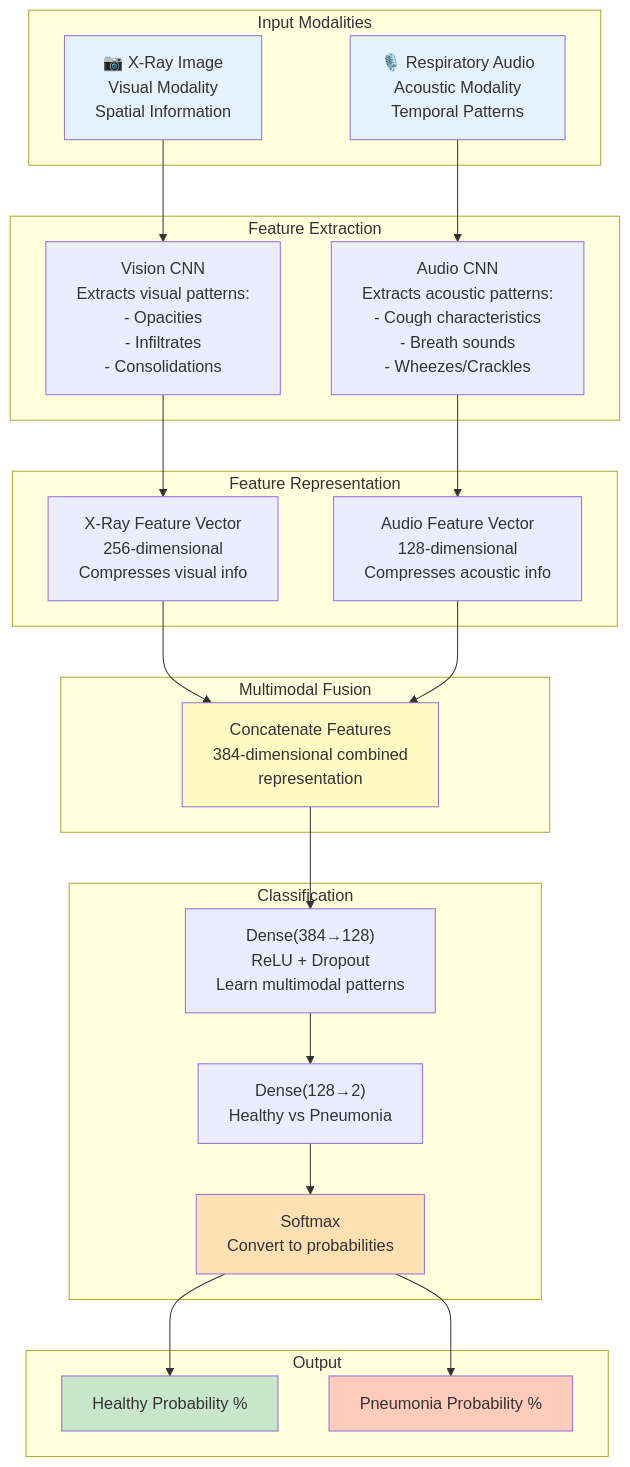
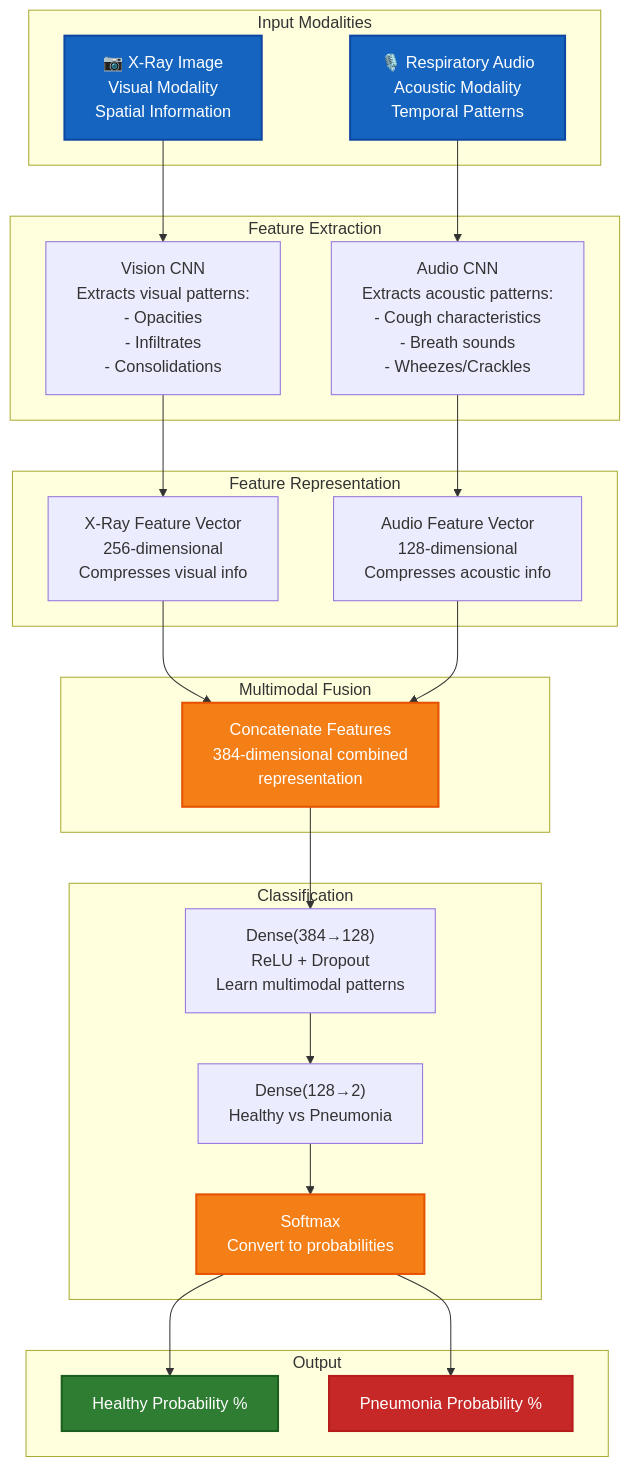
One commit to rwitobaansheikh/Pnumonia_Detector changed the sixth of 7 diagrams in ARCHITECTURE.md. Above: the diagram before and after it, drawn with Mermaid. The commit also changed other lines of this file and 3 other files, not shown here.

````diff
--- a/ARCHITECTURE.md
+++ b/ARCHITECTURE.md
@@ -329,50 +329,50 @@
 ```mermaid
 graph TB
     subgraph "Input Modalities"
         XRay["📷 X-Ray Image<br/>Visual Modality<br/>Spatial Information"]
         Audio["🎙️ Respiratory Audio<br/>Acoustic Modality<br/>Temporal Patterns"]
     end
     
     subgraph "Feature Extraction"
         XRayFeat["Vision CNN<br/>Extracts visual patterns:<br/>- Opacities<br/>- Infiltrates<br/>- Consolidations"]
         AudioFeat["Audio CNN<br/>Extracts acoustic patterns:<br/>- Cough characteristics<br/>- Breath sounds<br/>- Wheezes/Crackles"]
     end
     
     subgraph "Feature Representation"
         XRayVec["X-Ray Feature Vector<br/>256-dimensional<br/>Compresses visual info"]
         AudioVec["Audio Feature Vector<br/>128-dimensional<br/>Compresses acoustic info"]
     end
     
     subgraph "Multimodal Fusion"
         Fusion["Concatenate Features<br/>384-dimensional combined<br/>representation"]
     end
     
     subgraph "Classification"
         Dense1["Dense(384→128)<br/>ReLU + Dropout<br/>Learn multimodal patterns"]
         Dense2["Dense(128→2)<br/>Healthy vs Pneumonia"]
         Probs["Softmax<br/>Convert to probabilities"]
     end
     
     subgraph "Output"
         HealthyProb["Healthy Probability %"]
         PneumoniaProb["Pneumonia Probability %"]
     end
     
     XRay --> XRayFeat --> XRayVec
     Audio --> AudioFeat --> AudioVec
     
     XRayVec --> Fusion
     AudioVec --> Fusion
     
     Fusion --> Dense1 --> Dense2 --> Probs
     
     Probs --> HealthyProb
     Probs --> PneumoniaProb
     
-    style XRay fill:#e3f2fd
-    style Audio fill:#e3f2fd
-    style Fusion fill:#fff9c4
-    style Probs fill:#ffe0b2
-    style HealthyProb fill:#c8e6c9
-    style PneumoniaProb fill:#ffccbc
+    style XRay fill:#1565c0,color:#fff,stroke:#0d47a1,stroke-width:2px
+    style Audio fill:#1565c0,color:#fff,stroke:#0d47a1,stroke-width:2px
+    style Fusion fill:#f57f17,color:#fff,stroke:#e65100,stroke-width:2px
+    style Probs fill:#f57f17,color:#fff,stroke:#e65100,stroke-width:2px
+    style HealthyProb fill:#2e7d32,color:#fff,stroke:#1b5e20,stroke-width:2px
+    style PneumoniaProb fill:#c62828,color:#fff,stroke:#b71c1c,stroke-width:2px
 ```
````
